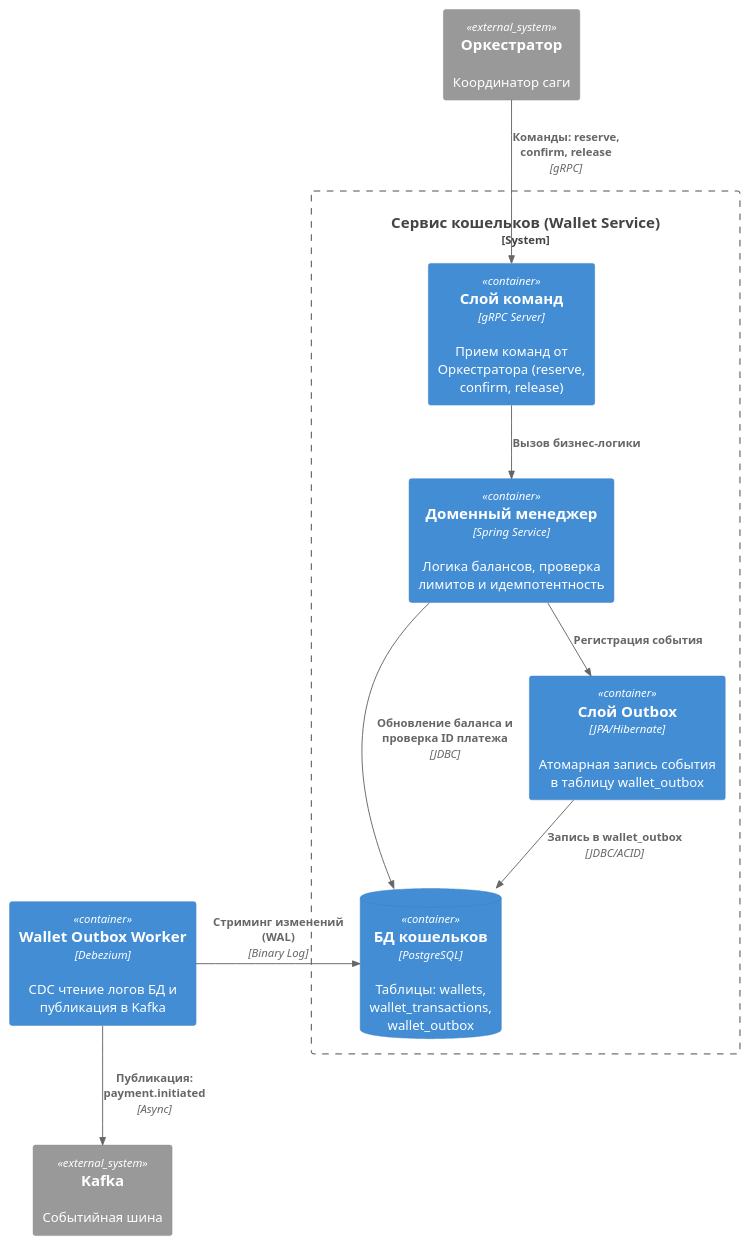
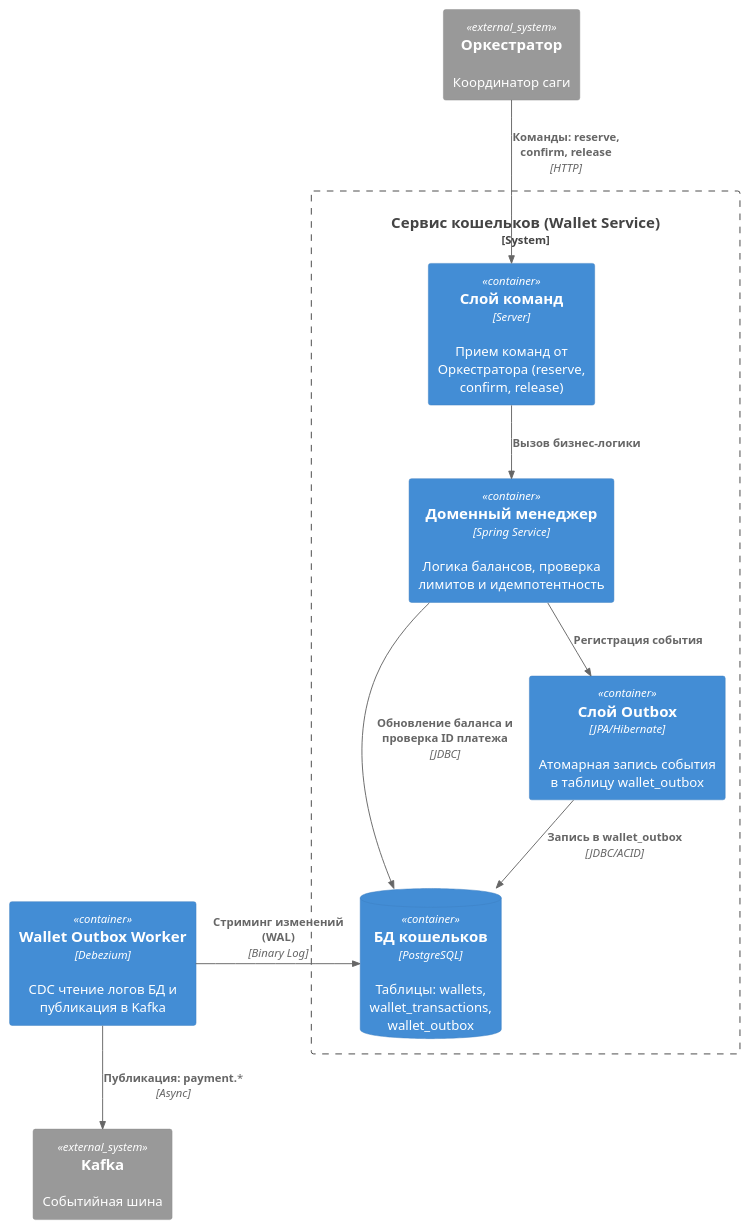
One commit to petrP99/system-design changed the diagram in schemas/components/wallets.puml. Above: the diagram before and after it, drawn with PlantUML. The commit also changed 1 other file, not shown here.

```diff
--- a/schemas/components/wallets.puml
+++ b/schemas/components/wallets.puml
@@ -1,31 +1,31 @@
 @startuml
 !include https://raw.githubusercontent.com/plantuml-stdlib/C4-PlantUML/master/C4_Container.puml
 
 System_Boundary(wallet_svc_boundary, "Сервис кошельков (Wallet Service)") {
-    Container(grpc_controller, "Слой команд", "gRPC Server", "Прием команд от Оркестратора (reserve, confirm, release)")
+    Container(controller, "Слой команд", "Server", "Прием команд от Оркестратора (reserve, confirm, release)")
     Container(wallet_manager, "Доменный менеджер", "Spring Service", "Логика балансов, проверка лимитов и идемпотентность")
     Container(outbox_layer, "Слой Outbox", "JPA/Hibernate", "Атомарная запись события в таблицу wallet_outbox")
     ContainerDb(wallet_db, "БД кошельков", "PostgreSQL", "Таблицы: wallets, wallet_transactions, wallet_outbox")
 }
 
 ' Внешние сущности
 System_Ext(orch, "Оркестратор", "Координатор саги")
 System_Ext(kafka, "Kafka", "Событийная шина")
 Container(debezium, "Wallet Outbox Worker", "Debezium", "CDC чтение логов БД и публикация в Kafka")
 
 ' Связи управления
-Rel(orch, grpc_controller, "Команды: reserve, confirm, release", "gRPC")
+Rel(orch, controller, "Команды: reserve, confirm, release", "HTTP")
 
 ' Внутренние вызовы
-Rel(grpc_controller, wallet_manager, "Вызов бизнес-логики")
+Rel(controller, wallet_manager, "Вызов бизнес-логики")
 
 ' Работа с данными
 Rel(wallet_manager, wallet_db, "Обновление баланса и проверка ID платежа", "JDBC")
 Rel(wallet_manager, outbox_layer, "Регистрация события")
 Rel(outbox_layer, wallet_db, "Запись в wallet_outbox", "JDBC/ACID")
 
 ' Поток Debezium
 Rel_R(debezium, wallet_db, "Стриминг изменений (WAL)", "Binary Log")
-Rel(debezium, kafka, "Публикация: payment.initiated", "Async")
+Rel(debezium, kafka, "Публикация: payment.*", "Async")
 
 @enduml
```
